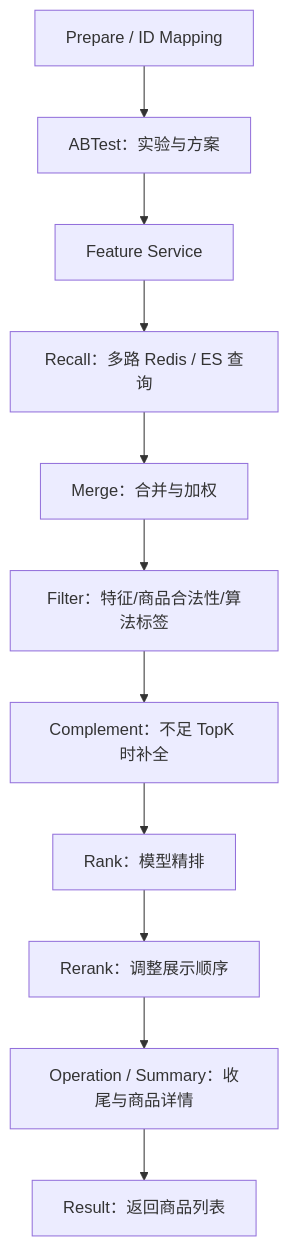
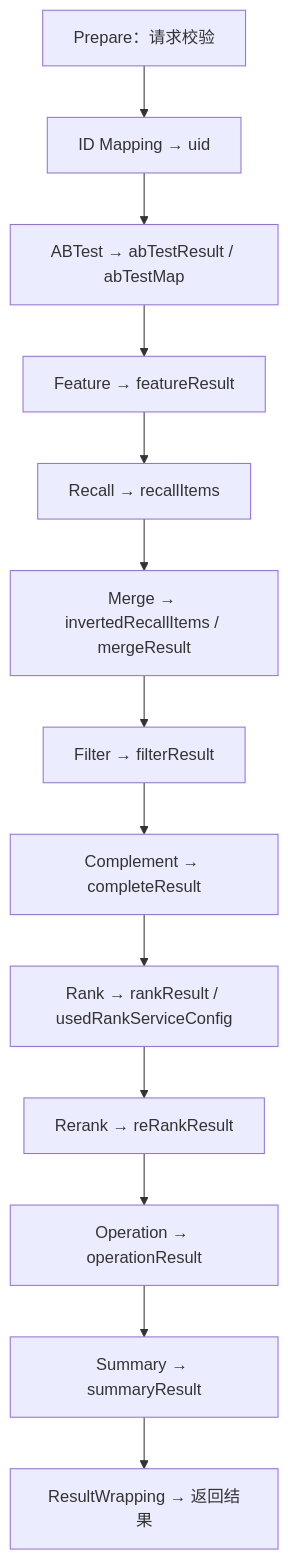
Before and after one commit to sgfd-ui/internship: the tenth of 33 diagrams in weekly-report/recommendation-engineering-business-background.md, drawn with Mermaid. The commit also changed other lines of this file, not shown here.

Commit message:
docs: 按星图代码梳理重写13个Service与RecomContext数据流

```diff
--- a/weekly-report/recommendation-engineering-business-background.md
+++ b/weekly-report/recommendation-engineering-business-background.md
@@ -571,13 +607,15 @@
 ~~~mermaid
 flowchart TD
-    A["Prepare / ID Mapping"] --> B["ABTest：实验与方案"]
-    B --> C["Feature Service"]
-    C --> D["Recall：多路 Redis / ES 查询"]
-    D --> E["Merge：合并与加权"]
-    E --> F["Filter：特征/商品合法性/算法标签"]
-    F --> G["Complement：不足 TopK 时补全"]
-    G --> H["Rank：模型精排"]
-    H --> I["Rerank：调整展示顺序"]
-    I --> J["Operation / Summary：收尾与商品详情"]
-    J --> K["Result：返回商品列表"]
+    A["Prepare：请求校验"] --> B["ID Mapping → uid"]
+    B --> C["ABTest → abTestResult / abTestMap"]
+    C --> D["Feature → featureResult"]
+    D --> E["Recall → recallItems"]
+    E --> F["Merge → invertedRecallItems / mergeResult"]
+    F --> G["Filter → filterResult"]
+    G --> H["Complement → completeResult"]
+    H --> I["Rank → rankResult / usedRankServiceConfig"]
+    I --> J["Rerank → reRankResult"]
+    J --> K["Operation → operationResult"]
+    K --> L["Summary → summaryResult"]
+    L --> M["ResultWrapping → 返回结果"]
 ~~~
```
